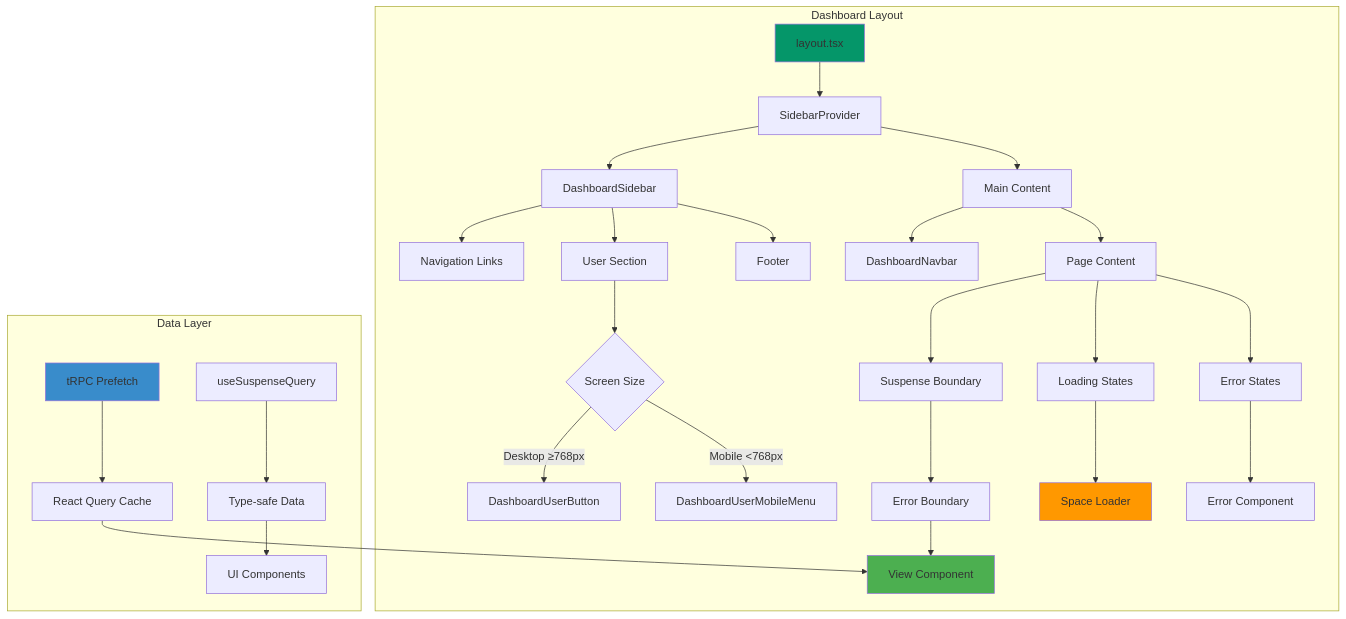
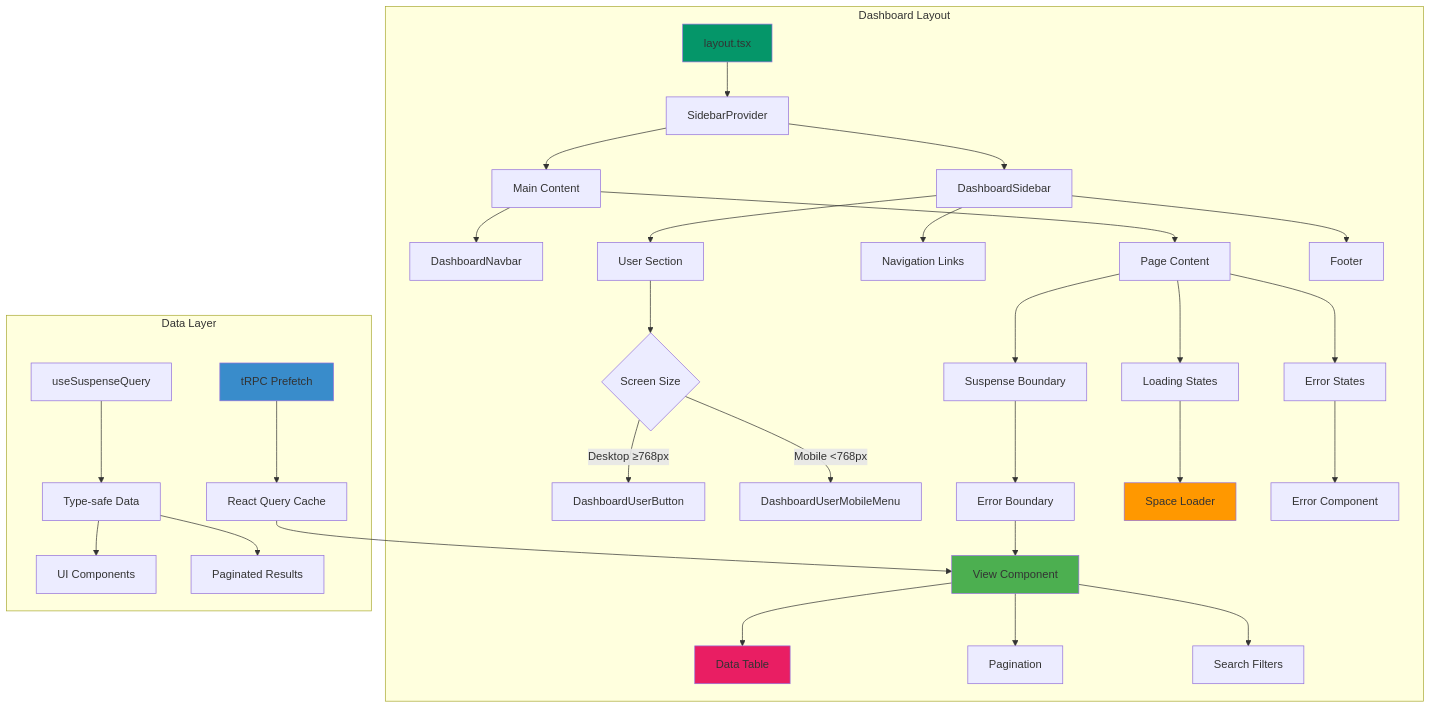
Diagram 11 of 14 in README.md (felipesanchez-dev/agentesia), drawn with Mermaid before and after one commit. The commit also changed other lines of this file, not shown here.

Commit message:
docs: Update README.md with enhanced features, architecture diagrams, and improved documentation

````diff
--- a/README.md
+++ b/README.md
@@ -664,42 +864,48 @@
 ```mermaid
 graph TB
     subgraph "Dashboard Layout"
         A[layout.tsx] --> B[SidebarProvider]
         B --> C[DashboardSidebar]
         B --> D[Main Content]
-        
+
         D --> E[DashboardNavbar]
         D --> F[Page Content]
-        
+
         C --> G[Navigation Links]
         C --> H[User Section]
         C --> I[Footer]
-        
+
         H --> J{Screen Size}
         J -->|Desktop ≥768px| K[DashboardUserButton]
         J -->|Mobile <768px| L[DashboardUserMobileMenu]
-        
+
         F --> M[Suspense Boundary]
         M --> N[Error Boundary]
         N --> O[View Component]
-        
+
         F --> P[Loading States]
         P --> Q[Space Loader]
-        
+
         F --> R[Error States]
         R --> S[Error Component]
+
+        O --> T[Data Table]
+        O --> U[Pagination]
+        O --> V[Search Filters]
     end
-    
+
     subgraph "Data Layer"
-        T[tRPC Prefetch] --> U[React Query Cache]
-        U --> O
-        
-        V[useSuspenseQuery] --> W[Type-safe Data]
-        W --> X[UI Components]
+        W[tRPC Prefetch] --> X[React Query Cache]
+        X --> O
+
+        Y[useSuspenseQuery] --> Z[Type-safe Data]
+        Z --> AA[UI Components]
+        Z --> BB[Paginated Results]
     end
-    
+
     style A fill:#059669
     style O fill:#4caf50
     style Q fill:#ff9800
-    style T fill:#398CCB
+    style W fill:#398CCB
+    style T fill:#e91e63
 ```
````
